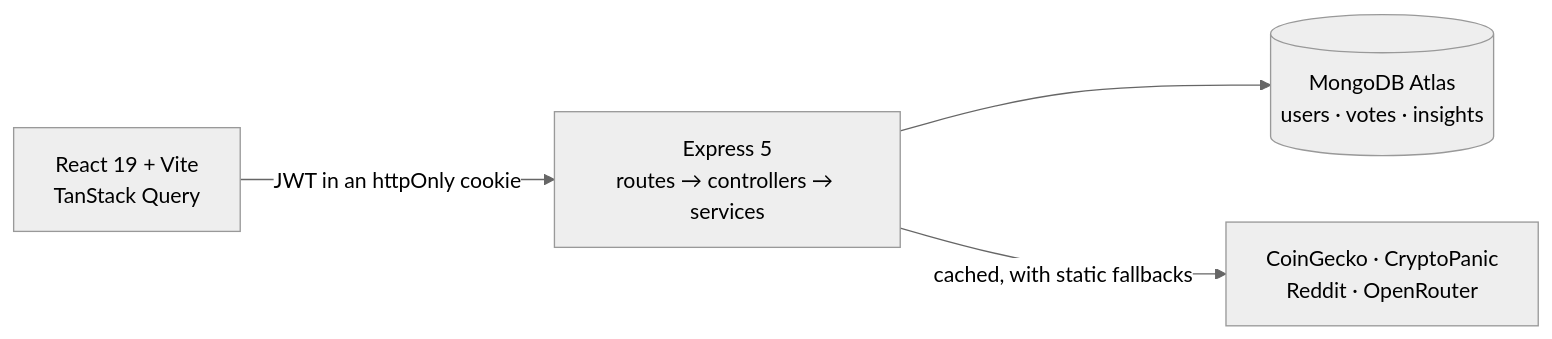
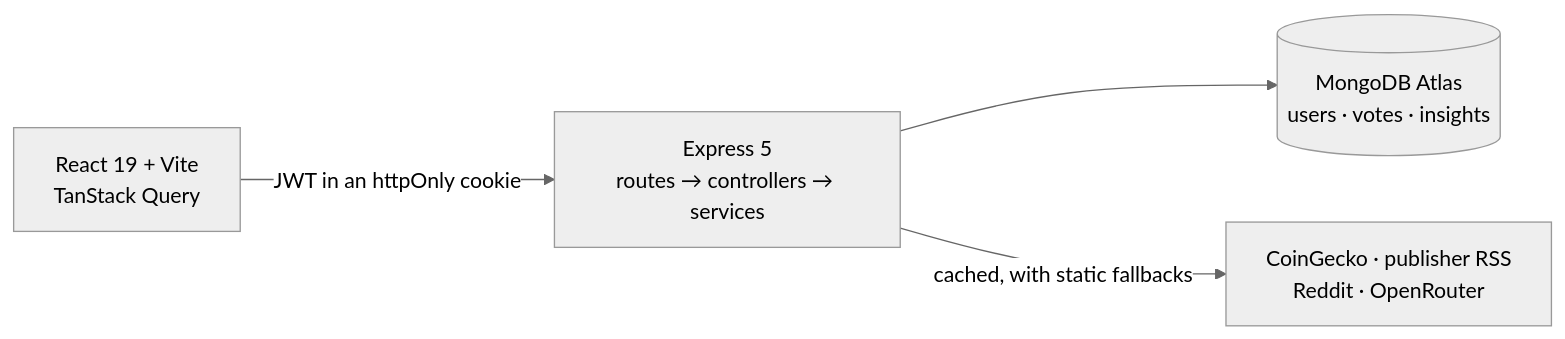
Before and after one commit to EdenIvgi/ai-crypto-advisor: the diagram in README.md, drawn with Mermaid (neutral theme). The commit also changed other lines of this file and 3 other files, not shown here.

````diff
--- a/README.md
+++ b/README.md
@@ -97,11 +96,11 @@
 ```mermaid
 flowchart LR
     Browser["React 19 + Vite<br/>TanStack Query"]
     API["Express 5<br/>routes → controllers → services"]
     DB[("MongoDB Atlas<br/>users · votes · insights")]
-    Ext["CoinGecko · CryptoPanic<br/>Reddit · OpenRouter"]
+    Ext["CoinGecko · publisher RSS<br/>Reddit · OpenRouter"]
 
     Browser -- "JWT in an httpOnly cookie" --> API
     API --> DB
     API -- "cached, with static fallbacks" --> Ext
 ```
````
